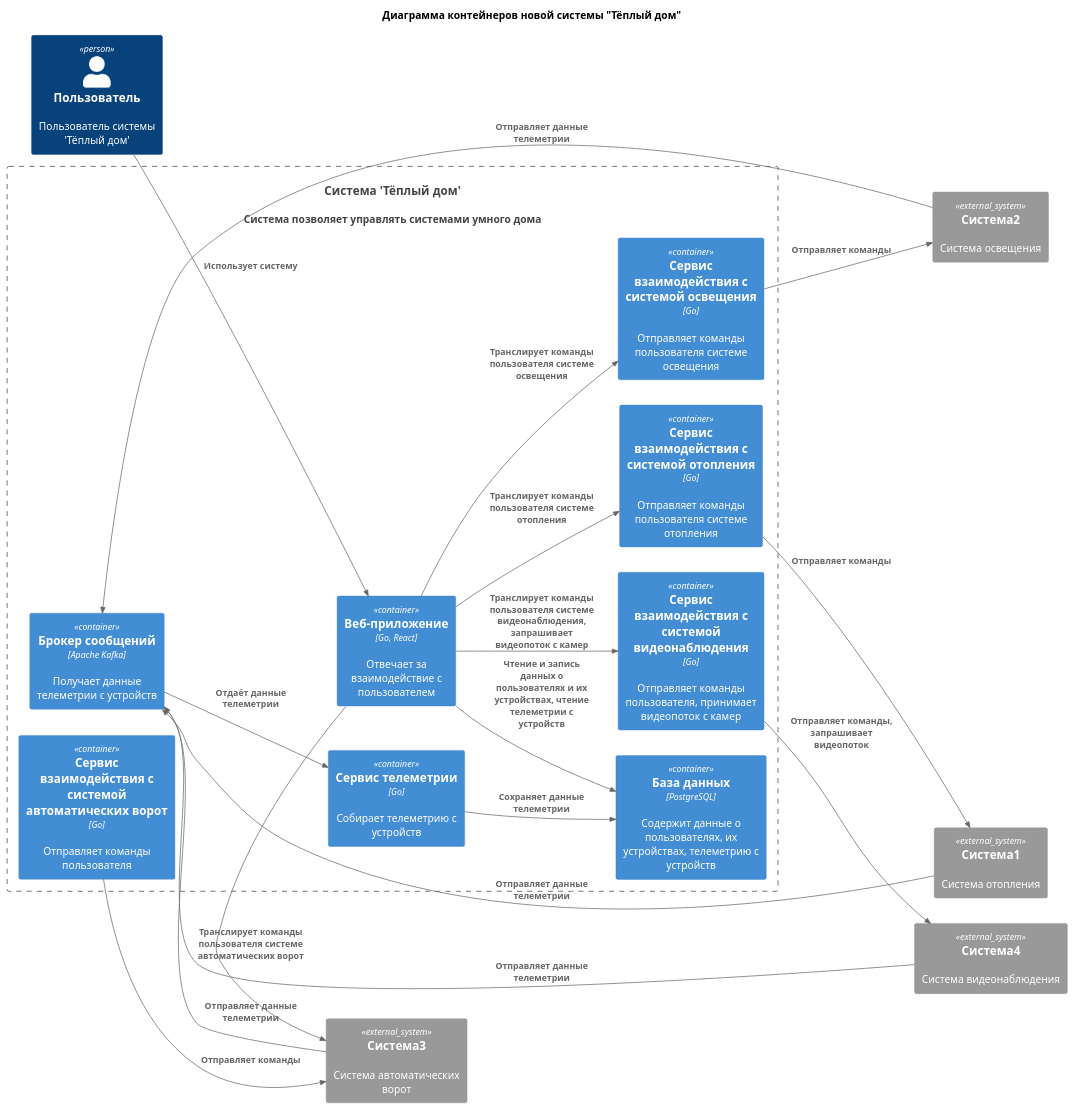
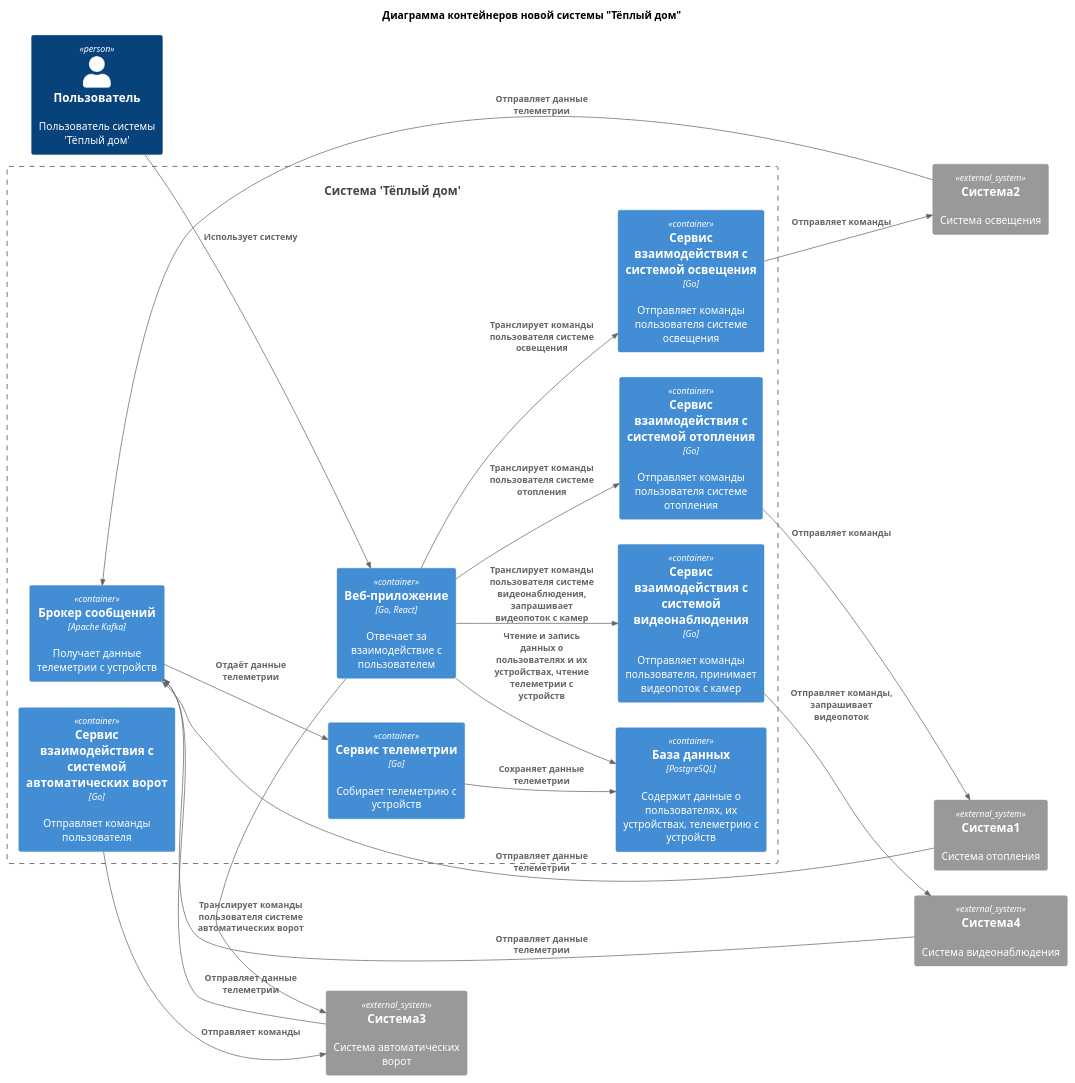
Before and after one commit to hammer-for-you/architecture-warmhouse: the diagram in с4/new-system-containers.puml, drawn with PlantUML. The commit also changed 1 other file, not shown here.

Commit message:
Задание 2. Диаграмма компонентов. Промежуточный коммит.

```diff
--- a/с4/new-system-containers.puml
+++ b/с4/new-system-containers.puml
@@ -1,45 +1,45 @@
 @startuml
 
 title Диаграмма контейнеров новой системы "Тёплый дом"
 
 left to right direction
 
-!includeurl https://raw.githubusercontent.com/RicardoNiepel/C4-PlantUML/master/C4_Component.puml
+!includeurl https://raw.githubusercontent.com/plantuml-stdlib/C4-PlantUML/refs/heads/master/C4_Container.puml
 
 Person(user, "Пользователь", "Пользователь системы 'Тёплый дом'")
-System(warmhouseSystem, "Система 'Тёплый дом'", "Система позволяет управлять системами умного дома")
+System(warmhouseSystem, "Система 'Тёплый дом'")
 
 Container_Boundary(warmhouseSystem, "Система 'Тёплый дом'") {
     Container(webapp, "Веб-приложение", "Go, React", "Отвечает за взаимодействие с пользователем")
     Container(telemetryService, "Сервис телеметрии", "Go", "Собирает телеметрию с устройств")
     Container(heatingSystemService, "Сервис взаимодействия с системой отопления", "Go", "Отправляет команды пользователя системе отопления")
     Container(lightSystemService, "Сервис взаимодействия с системой освещения", "Go", "Отправляет команды пользователя системе освещения")
     Container(gateSystemService, "Сервис взаимодействия с системой автоматических ворот", "Go", "Отправляет команды пользователя")
     Container(videoSystemService, "Сервис взаимодействия с системой видеонаблюдения", "Go", "Отправляет команды пользователя, принимает видеопоток с камер")
     Container(messageBroker, "Брокер сообщений", "Apache Kafka", "Получает данные телеметрии с устройств")
     Container(db, "База данных", "PostgreSQL", "Содержит данные о пользователях, их устройствах, телеметрию с устройств")
 }
 
 System_Ext(heatingSystem, "Система1", "Система отопления")
 System_Ext(lightSystem, "Система2", "Система освещения")
 System_Ext(gateSystem, "Система3", "Система автоматических ворот")
 System_Ext(videoSystem, "Система4", "Система видеонаблюдения")
 
 Rel(user, webapp, "Использует систему")
 Rel(webapp, db, "Чтение и запись данных о пользователях и их устройствах, чтение телеметрии с устройств")
 Rel(telemetryService, db, "Сохраняет данные телеметрии")
 Rel(messageBroker, telemetryService, "Отдаёт данные телеметрии")
 Rel(heatingSystem, messageBroker, "Отправляет данные телеметрии")
 Rel(lightSystem, messageBroker, "Отправляет данные телеметрии")
 Rel(gateSystem, messageBroker, "Отправляет данные телеметрии")
 Rel(videoSystem, messageBroker, "Отправляет данные телеметрии")
 Rel(heatingSystemService, heatingSystem, "Отправляет команды")
 Rel(lightSystemService, lightSystem, "Отправляет команды")
 Rel(gateSystemService, gateSystem, "Отправляет команды")
 Rel(videoSystemService, videoSystem, "Отправляет команды, запрашивает видеопоток")
 Rel(webapp, heatingSystemService, "Транслирует команды пользователя системе отопления")
 Rel(webapp, lightSystemService, "Транслирует команды пользователя системе освещения")
 Rel(webapp, gateSystem, "Транслирует команды пользователя системе автоматических ворот")
 Rel(webapp, videoSystemService, "Транслирует команды пользователя системе видеонаблюдения, запрашивает видеопоток с камер")
 
 @enduml
```
